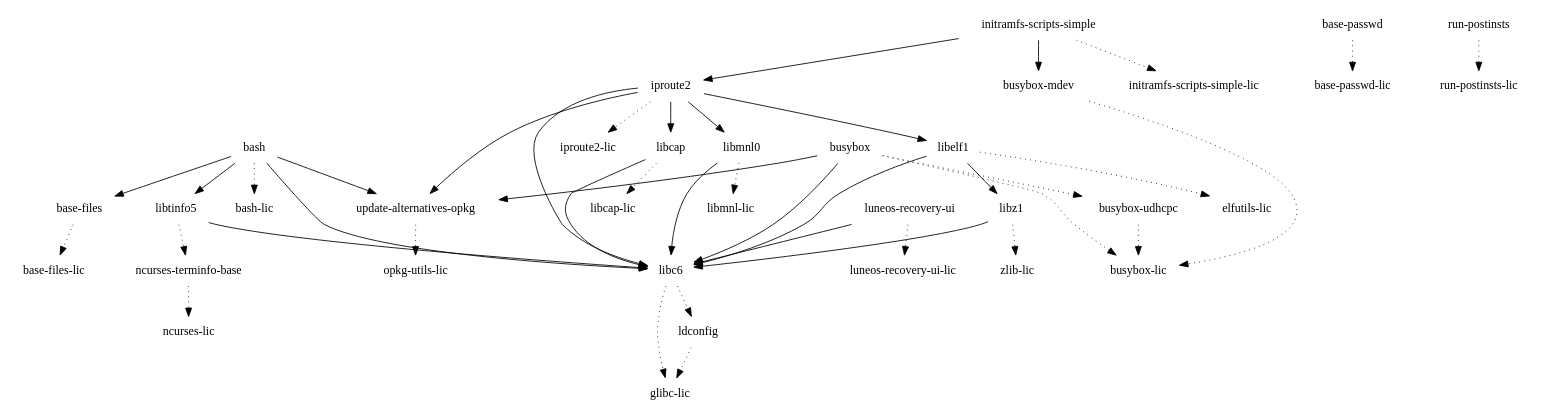
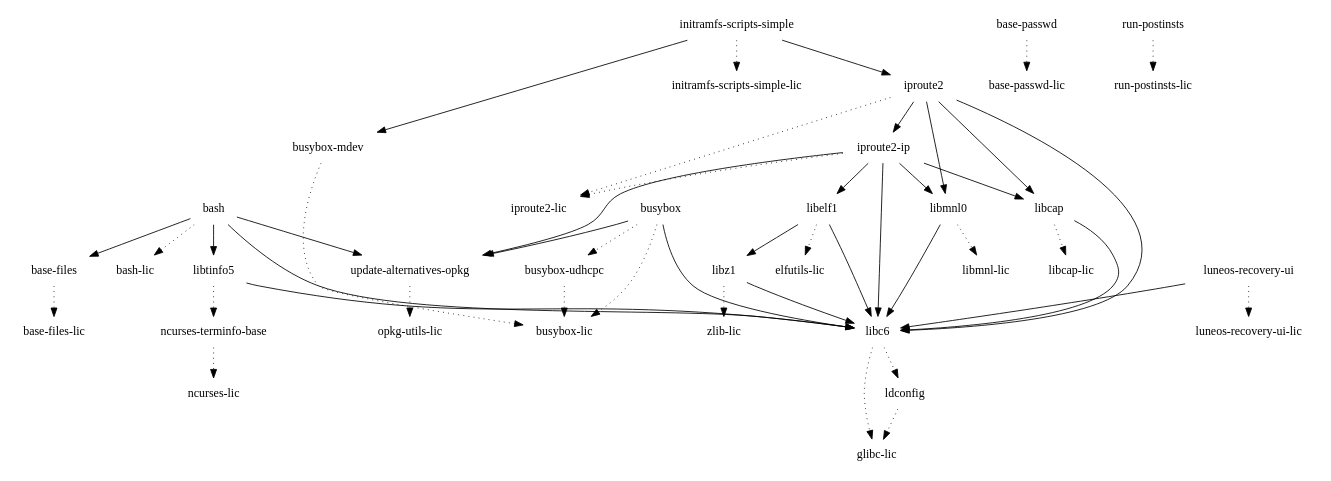
The diagram in images/pinephone/glibc/initramfs-uboot-image/depends.dot (webOS-ports/buildhistory), drawn with Graphviz before and after one commit. The commit also changed 1985 other files, not shown here.

```diff
--- a/images/pinephone/glibc/initramfs-uboot-image/depends.dot
+++ b/images/pinephone/glibc/initramfs-uboot-image/depends.dot
@@ -1,44 +1,49 @@
 digraph depends {
     node [shape=plaintext]
 "base-files" -> "base-files-lic" [style=dotted]
 "base-passwd" -> "base-passwd-lic" [style=dotted]
 "bash" -> "base-files"
 "bash" -> "bash-lic" [style=dotted]
 "bash" -> "libc6"
 "bash" -> "libtinfo5"
 "bash" -> "update-alternatives-opkg"
 "busybox" -> "busybox-lic" [style=dotted]
 "busybox" -> "busybox-udhcpc" [style=dotted]
 "busybox" -> "libc6"
 "busybox-mdev" -> "busybox-lic" [style=dotted]
 "busybox-udhcpc" -> "busybox-lic" [style=dotted]
 "busybox" -> "update-alternatives-opkg"
 "initramfs-scripts-simple" -> "busybox-mdev"
 "initramfs-scripts-simple" -> "initramfs-scripts-simple-lic" [style=dotted]
 "initramfs-scripts-simple" -> "iproute2"
+"iproute2-ip" -> "iproute2-lic" [style=dotted]
+"iproute2-ip" -> "libc6"
+"iproute2-ip" -> "libcap"
+"iproute2-ip" -> "libelf1"
+"iproute2-ip" -> "libmnl0"
+"iproute2" -> "iproute2-ip"
 "iproute2" -> "iproute2-lic" [style=dotted]
+"iproute2-ip" -> "update-alternatives-opkg"
 "iproute2" -> "libc6"
 "iproute2" -> "libcap"
-"iproute2" -> "libelf1"
 "iproute2" -> "libmnl0"
-"iproute2" -> "update-alternatives-opkg"
 "ldconfig" -> "glibc-lic" [style=dotted]
 "libc6" -> "glibc-lic" [style=dotted]
 "libc6" -> "ldconfig" [style=dotted]
 "libcap" -> "libc6"
 "libcap" -> "libcap-lic" [style=dotted]
 "libelf1" -> "elfutils-lic" [style=dotted]
 "libelf1" -> "libc6"
 "libelf1" -> "libz1"
 "libmnl0" -> "libc6"
 "libmnl0" -> "libmnl-lic" [style=dotted]
 "libtinfo5" -> "libc6"
 "libtinfo5" -> "ncurses-terminfo-base" [style=dotted]
 "libz1" -> "libc6"
 "libz1" -> "zlib-lic" [style=dotted]
 "luneos-recovery-ui" -> "libc6"
 "luneos-recovery-ui" -> "luneos-recovery-ui-lic" [style=dotted]
 "ncurses-terminfo-base" -> "ncurses-lic" [style=dotted]
 "run-postinsts" -> "run-postinsts-lic" [style=dotted]
 "update-alternatives-opkg" -> "opkg-utils-lic" [style=dotted]
 }
```
